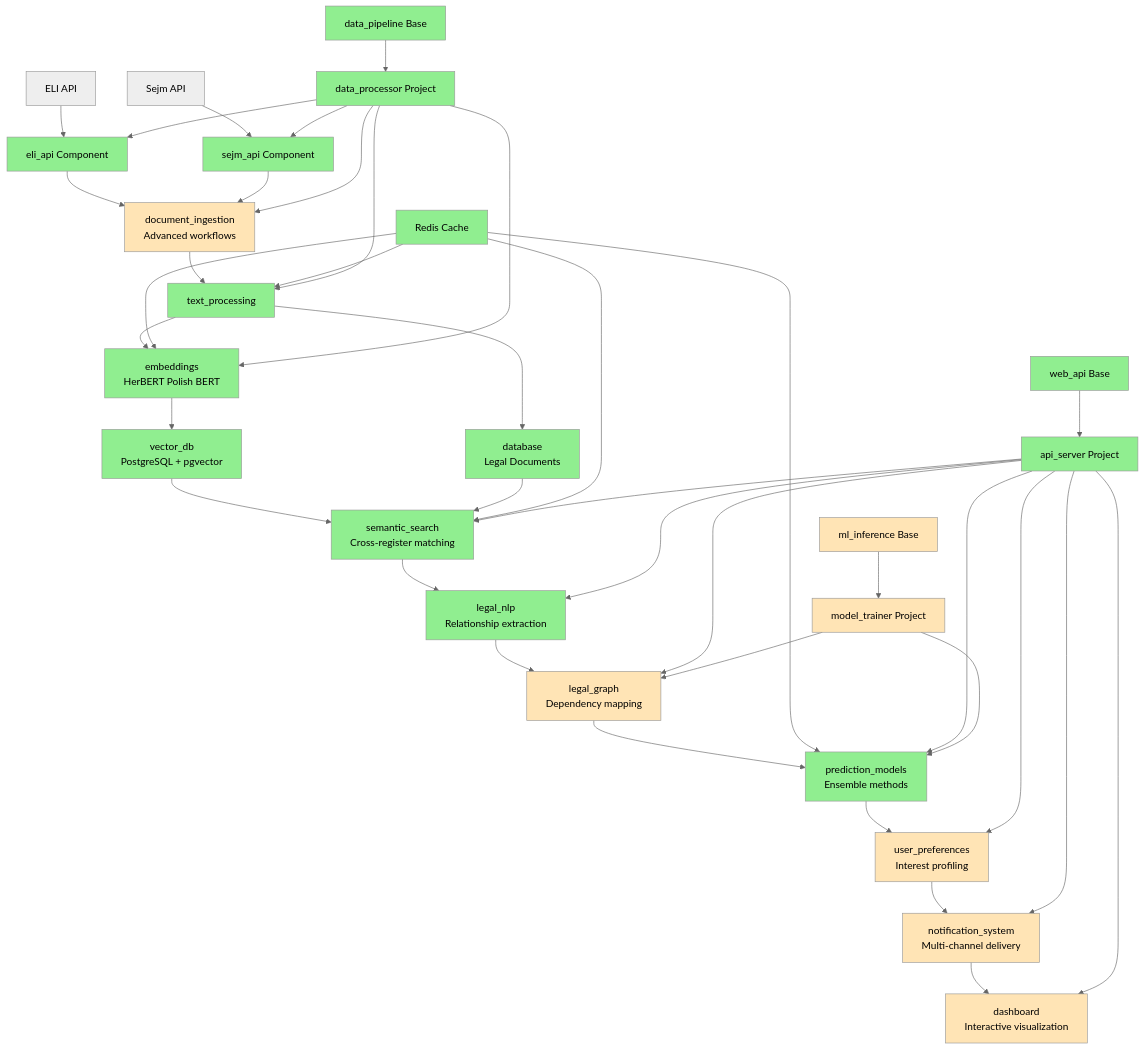
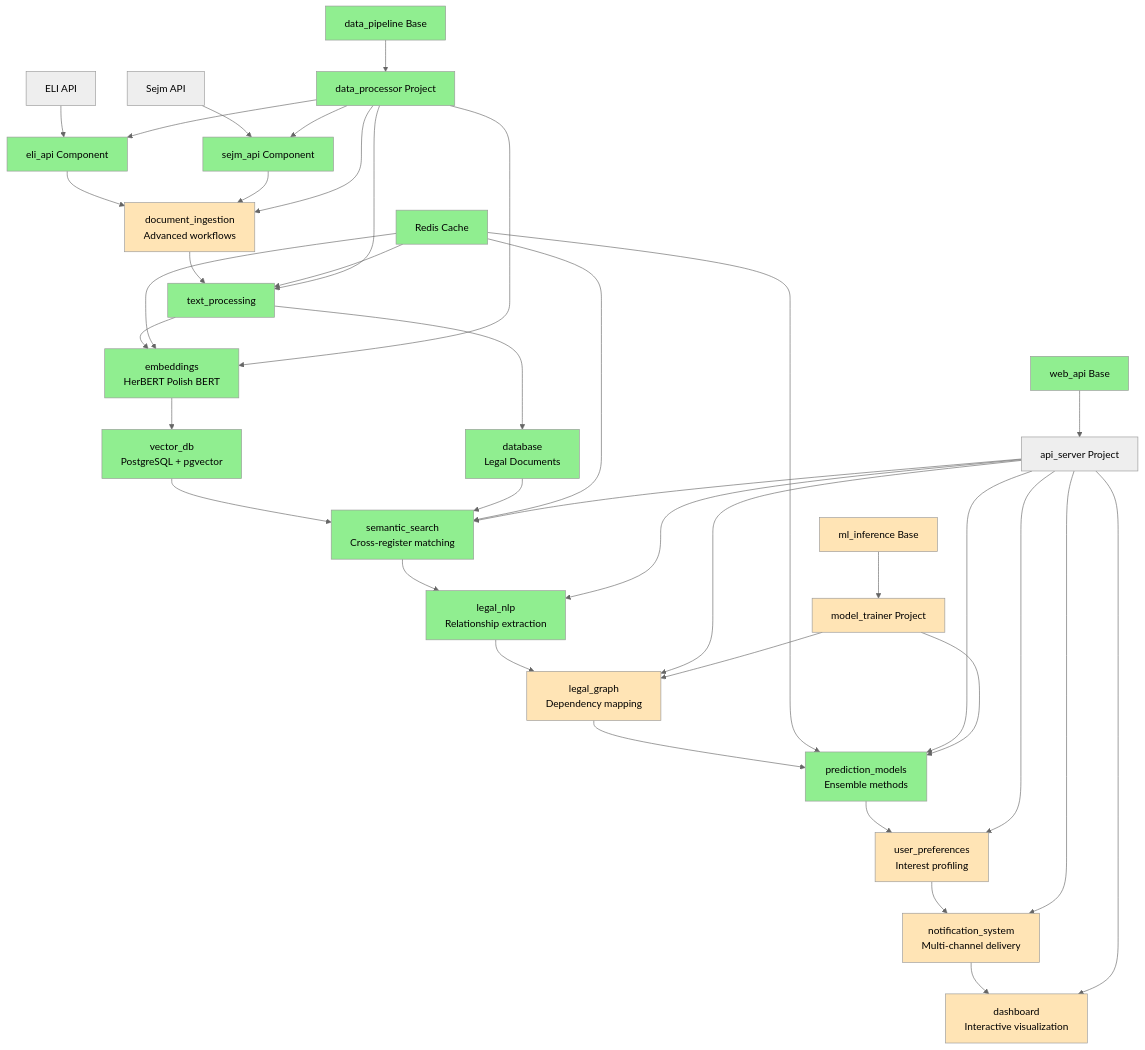
Before and after one commit to stakent/sejm-whiz: the second of 2 diagrams in README.md, drawn with Mermaid (neutral theme). The commit also changed other lines of this file and 1 other file, not shown here.

````diff
--- a/README.md
+++ b/README.md
@@ -85,75 +100,75 @@
 ```mermaid
 graph TD
     A[ELI API] --> B[eli_api Component]
     C[Sejm API] --> D[sejm_api Component]
 
     B --> E[document_ingestion<br/>Advanced workflows]
     D --> E
 
     E --> F[text_processing]
     F --> G[embeddings<br/>HerBERT Polish BERT]
 
     G --> H[vector_db<br/>PostgreSQL + pgvector]
     F --> I[database<br/>Legal Documents]
 
     H --> J[semantic_search<br/>Cross-register matching]
     I --> J
 
     J --> K[legal_nlp<br/>Relationship extraction]
     K --> L[legal_graph<br/>Dependency mapping]
 
     L --> M[prediction_models<br/>Ensemble methods]
 
     N[Redis Cache] --> F
     N --> G
     N --> J
     N --> M
 
     O[data_pipeline Base] --> P[data_processor Project]
     P --> B
     P --> D
     P --> E
     P --> F
     P --> G
 
     Q[web_api Base] --> R[api_server Project]
     R --> J
     R --> K
     R --> L
     R --> M
 
     S[ml_inference Base] --> T[model_trainer Project]
     T --> M
     T --> L
 
     M --> U[user_preferences<br/>Interest profiling]
     U --> V[notification_system<br/>Multi-channel delivery]
     V --> W[dashboard<br/>Interactive visualization]
 
     R --> U
     R --> V
     R --> W
 
     style B fill:#90EE90
     style D fill:#90EE90
     style F fill:#90EE90
     style G fill:#90EE90
     style H fill:#90EE90
     style I fill:#90EE90
     style J fill:#90EE90
     style K fill:#90EE90
     style M fill:#90EE90
     style N fill:#90EE90
     style O fill:#90EE90
     style P fill:#90EE90
     style Q fill:#90EE90
-    style R fill:#90EE90
+
 
     style E fill:#FFE4B5
     style L fill:#FFE4B5
     style S fill:#FFE4B5
     style T fill:#FFE4B5
     style U fill:#FFE4B5
     style V fill:#FFE4B5
     style W fill:#FFE4B5
 ```
````
